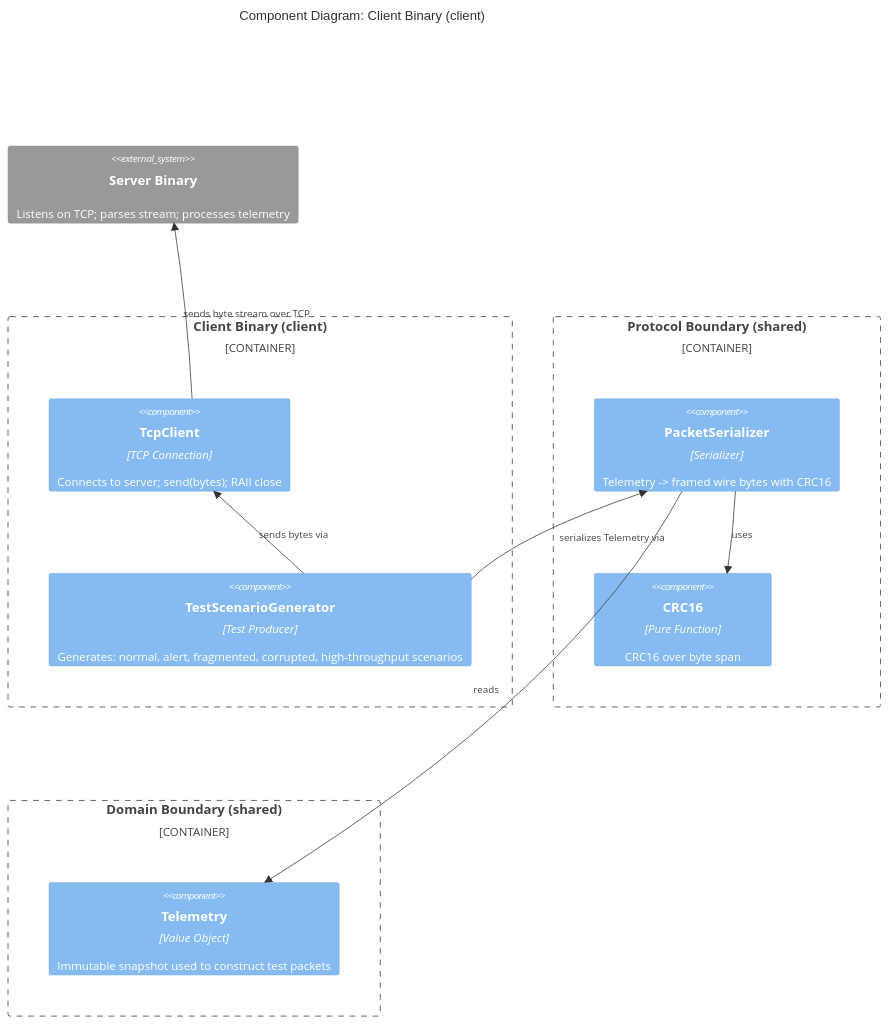
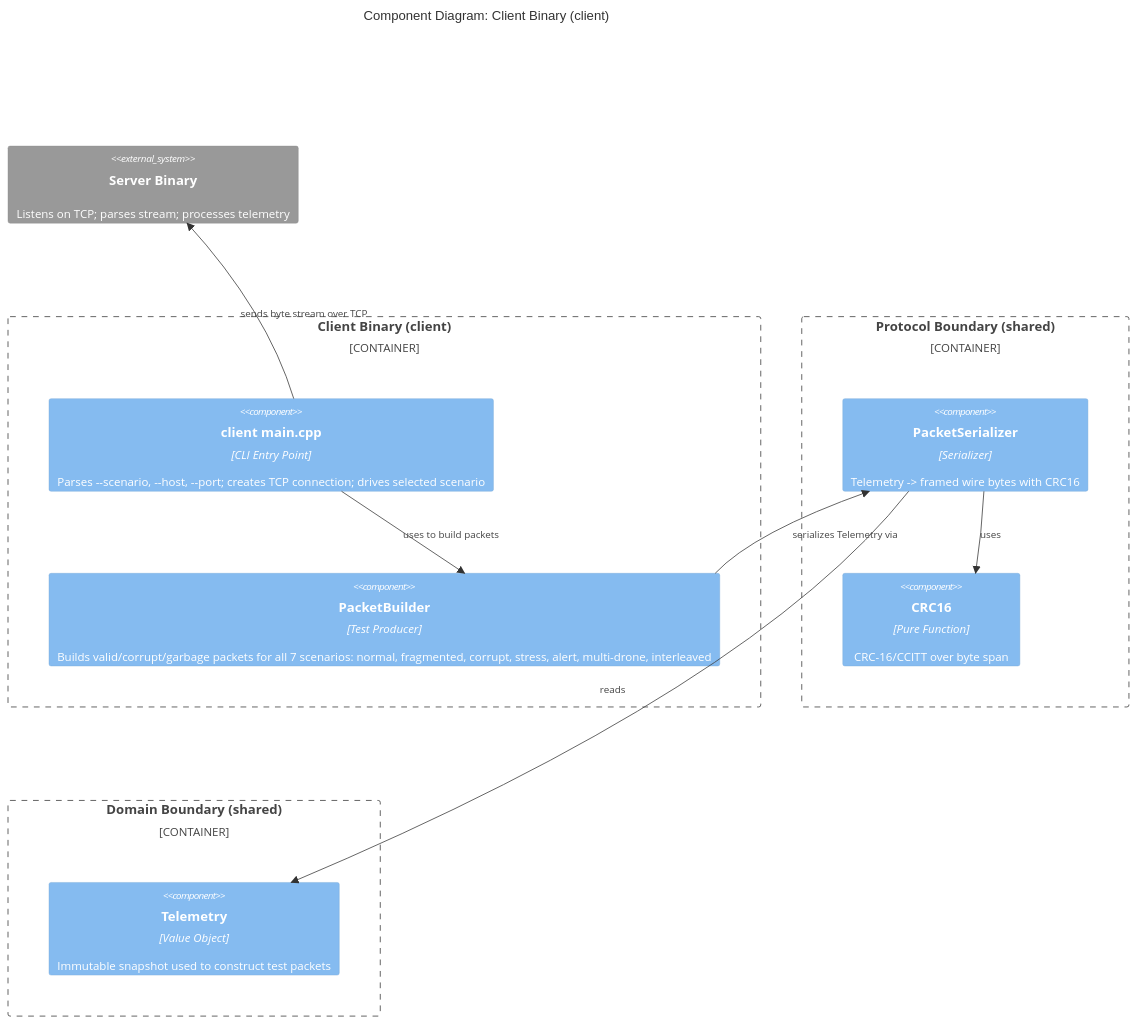
Before and after one commit to yoseforb/drone-stream-parser: the second of 3 diagrams in ai-docs/c4/component.md, drawn with Mermaid. The commit also changed other lines of this file and 3 other files, not shown here.

Commit message:
docs(c4): aligned with architecture and adrs documents

````diff
--- a/ai-docs/c4/component.md
+++ b/ai-docs/c4/component.md
@@ -694,26 +712,26 @@
 ```mermaid
 C4Component
     title Component Diagram: Client Binary (client)
 
     Container_Boundary(client, "Client Binary (client)") {
-        Component(tcpClient, "TcpClient", "TCP Connection", "Connects to server; send(bytes); RAII close")
-        Component(scenarioGen, "TestScenarioGenerator", "Test Producer", "Generates: normal, alert, fragmented, corrupted, high-throughput scenarios")
+        Component(clientMain, "client main.cpp", "CLI Entry Point", "Parses --scenario, --host, --port; creates TCP connection; drives selected scenario")
+        Component(packetBuilder, "PacketBuilder", "Test Producer", "Builds valid/corrupt/garbage packets for all 7 scenarios: normal, fragmented, corrupt, stress, alert, multi-drone, interleaved")
     }
 
     Container_Boundary(protocolShared, "Protocol Boundary (shared)") {
         Component(packetSerializerC, "PacketSerializer", "Serializer", "Telemetry -> framed wire bytes with CRC16")
-        Component(crc16C, "CRC16", "Pure Function", "CRC16 over byte span")
+        Component(crc16C, "CRC16", "Pure Function", "CRC-16/CCITT over byte span")
     }
 
     Container_Boundary(domainShared, "Domain Boundary (shared)") {
         Component(telemetryC, "Telemetry", "Value Object", "Immutable snapshot used to construct test packets")
     }
 
     System_Ext(serverBinary, "Server Binary", "Listens on TCP; parses stream; processes telemetry")
 
-    Rel(scenarioGen, tcpClient, "sends bytes via")
-    Rel(scenarioGen, packetSerializerC, "serializes Telemetry via")
+    Rel(clientMain, packetBuilder, "uses to build packets")
+    Rel(packetBuilder, packetSerializerC, "serializes Telemetry via")
     Rel(packetSerializerC, telemetryC, "reads")
     Rel(packetSerializerC, crc16C, "uses")
-    Rel(tcpClient, serverBinary, "sends byte stream over TCP")
+    Rel(clientMain, serverBinary, "sends byte stream over TCP")
 ```
````
